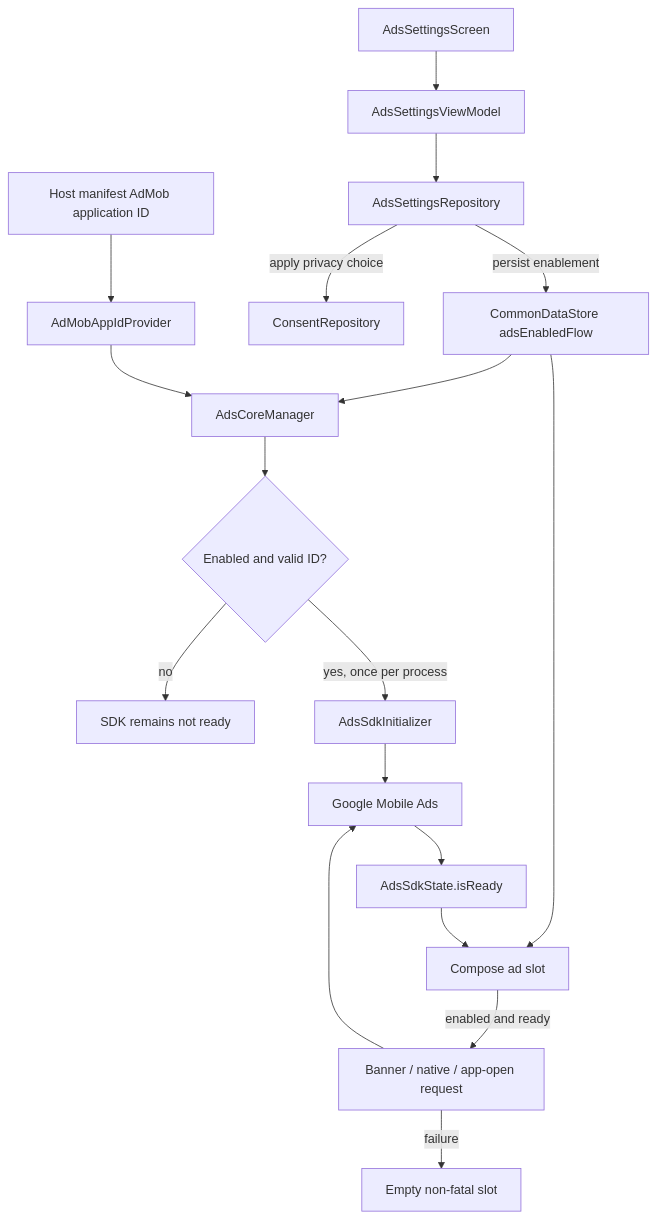
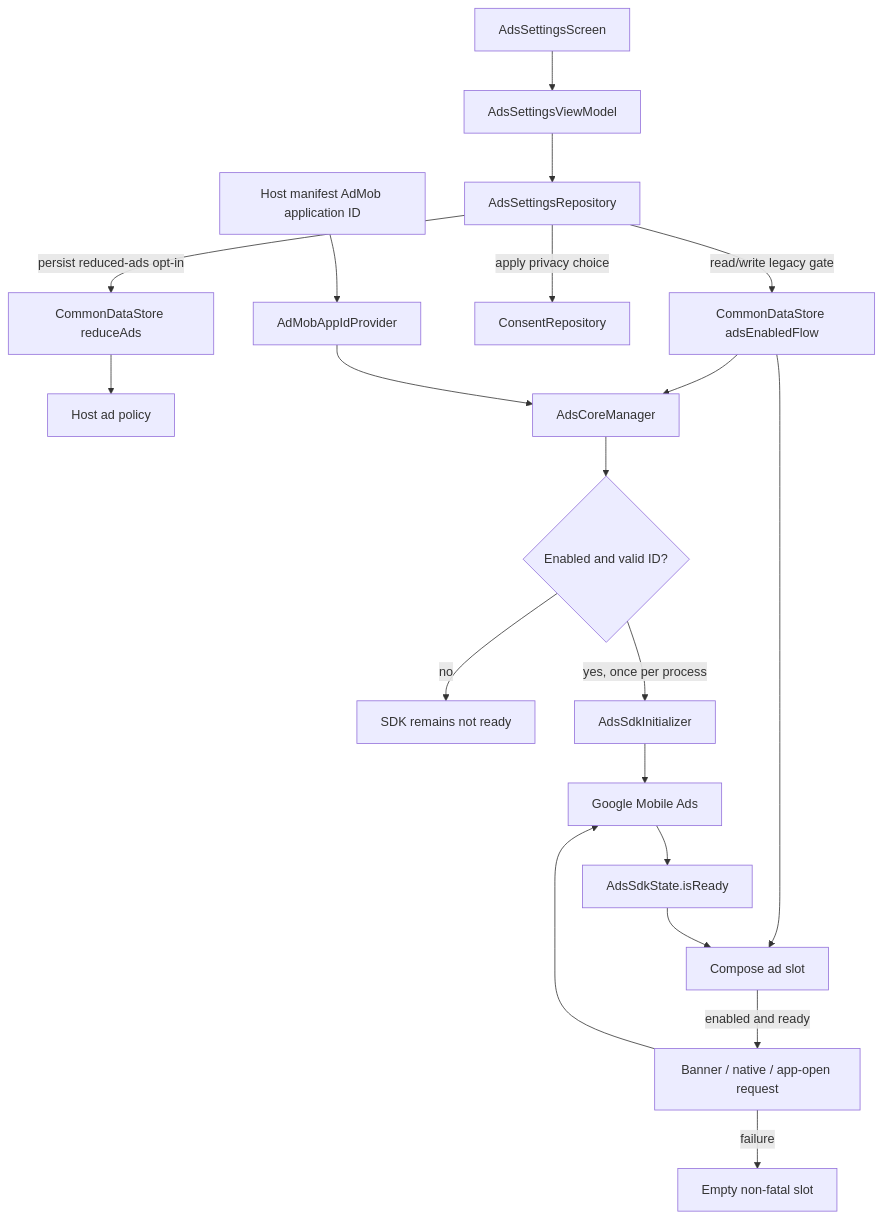
One commit to MihaiCristianCondrea/App-Toolkit-for-Android changed the diagram in library/integration/ads/README.md. Above: the diagram before and after it, drawn with Mermaid. The commit also changed other lines of this file and 53 other files, not shown here.

First line of the commit message:
Replace the display-ads switch with a Reduce ads preference

````diff
--- a/library/integration/ads/README.md
+++ b/library/integration/ads/README.md
@@ -35,20 +37,22 @@
 ```mermaid
 flowchart TD
     Settings[AdsSettingsScreen] --> VM[AdsSettingsViewModel]
     VM --> Repo[AdsSettingsRepository]
-    Repo -->|persist enablement| Store[CommonDataStore adsEnabledFlow]
+    Repo -->|persist reduced-ads opt-in| Reduce[CommonDataStore reduceAds]
+    Repo -->|read/write legacy gate| Store[CommonDataStore adsEnabledFlow]
     Repo -->|apply privacy choice| Consent[ConsentRepository]
+    Reduce --> Policy[Host ad policy]
     Store --> Manager[AdsCoreManager]
     Manifest[Host manifest AdMob application ID] --> Id[AdMobAppIdProvider]
     Id --> Manager
     Manager --> Gate{Enabled and valid ID?}
     Gate -->|no| Disabled[SDK remains not ready]
     Gate -->|yes, once per process| Initializer[AdsSdkInitializer]
     Initializer --> SDK[Google Mobile Ads]
     SDK --> Ready[AdsSdkState.isReady]
     Store --> Slot[Compose ad slot]
     Ready --> Slot
     Slot -->|enabled and ready| Request[Banner / native / app-open request]
     Request --> SDK
     Request -->|failure| Empty[Empty non-fatal slot]
 ```
````
